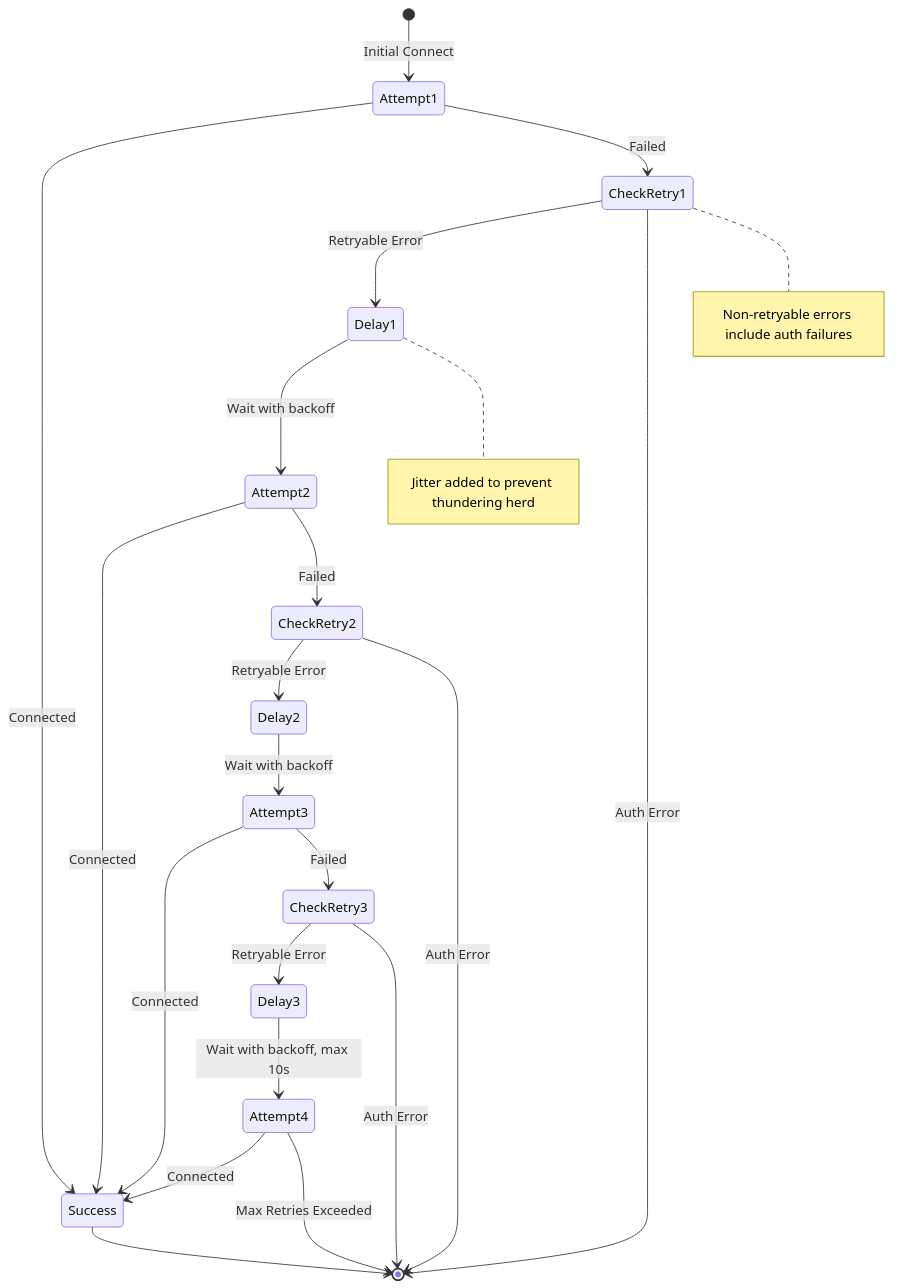
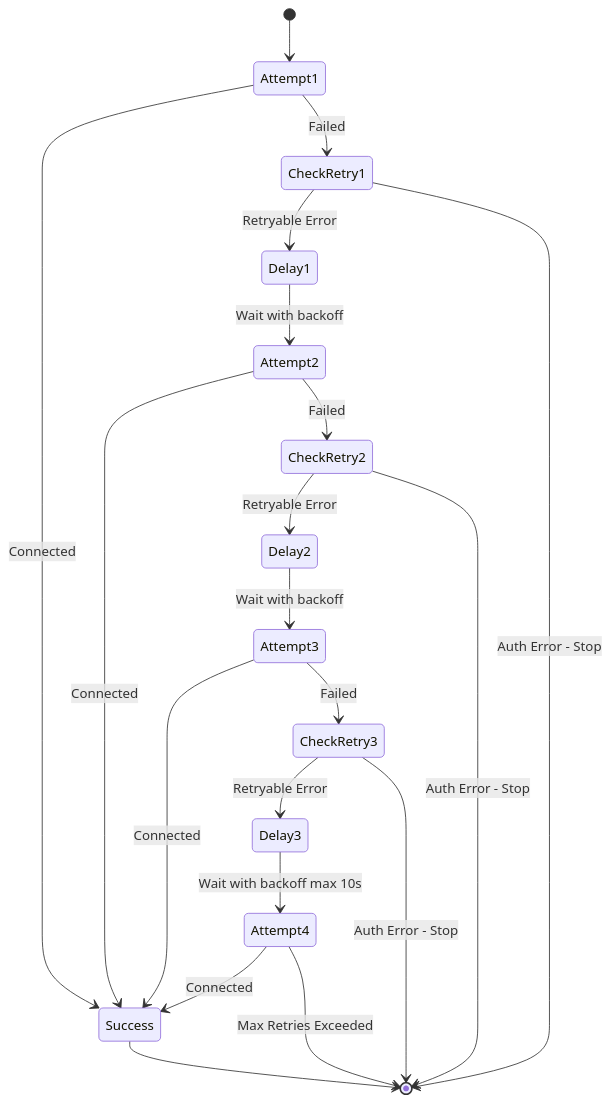
The sixth of 9 diagrams in docs/ARCHITECTURE.md (farchanjo/ssh-mcp), drawn with Mermaid before and after one commit. The commit also changed other lines of this file, not shown here.

First line of the commit message:
docs(architecture): update for new modular structure with russh

````diff
--- a/docs/ARCHITECTURE.md
+++ b/docs/ARCHITECTURE.md
@@ -277,36 +402,33 @@
 ```mermaid
 stateDiagram-v2
-    [*] --> Attempt1: Initial Connect
+    [*] --> Attempt1
 
     Attempt1 --> Success: Connected
     Attempt1 --> CheckRetry1: Failed
 
     CheckRetry1 --> Delay1: Retryable Error
-    CheckRetry1 --> [*]: Auth Error
+    CheckRetry1 --> [*]: Auth Error - Stop
 
     Delay1 --> Attempt2: Wait with backoff
 
     Attempt2 --> Success: Connected
     Attempt2 --> CheckRetry2: Failed
 
     CheckRetry2 --> Delay2: Retryable Error
-    CheckRetry2 --> [*]: Auth Error
+    CheckRetry2 --> [*]: Auth Error - Stop
 
     Delay2 --> Attempt3: Wait with backoff
 
     Attempt3 --> Success: Connected
     Attempt3 --> CheckRetry3: Failed
 
     CheckRetry3 --> Delay3: Retryable Error
-    CheckRetry3 --> [*]: Auth Error
+    CheckRetry3 --> [*]: Auth Error - Stop
 
-    Delay3 --> Attempt4: Wait with backoff, max 10s
+    Delay3 --> Attempt4: Wait with backoff max 10s
 
     Attempt4 --> Success: Connected
     Attempt4 --> [*]: Max Retries Exceeded
 
     Success --> [*]
-
-    note right of Delay1: Jitter added to prevent thundering herd
-    note right of CheckRetry1: Non-retryable errors include auth failures
 ```
````
